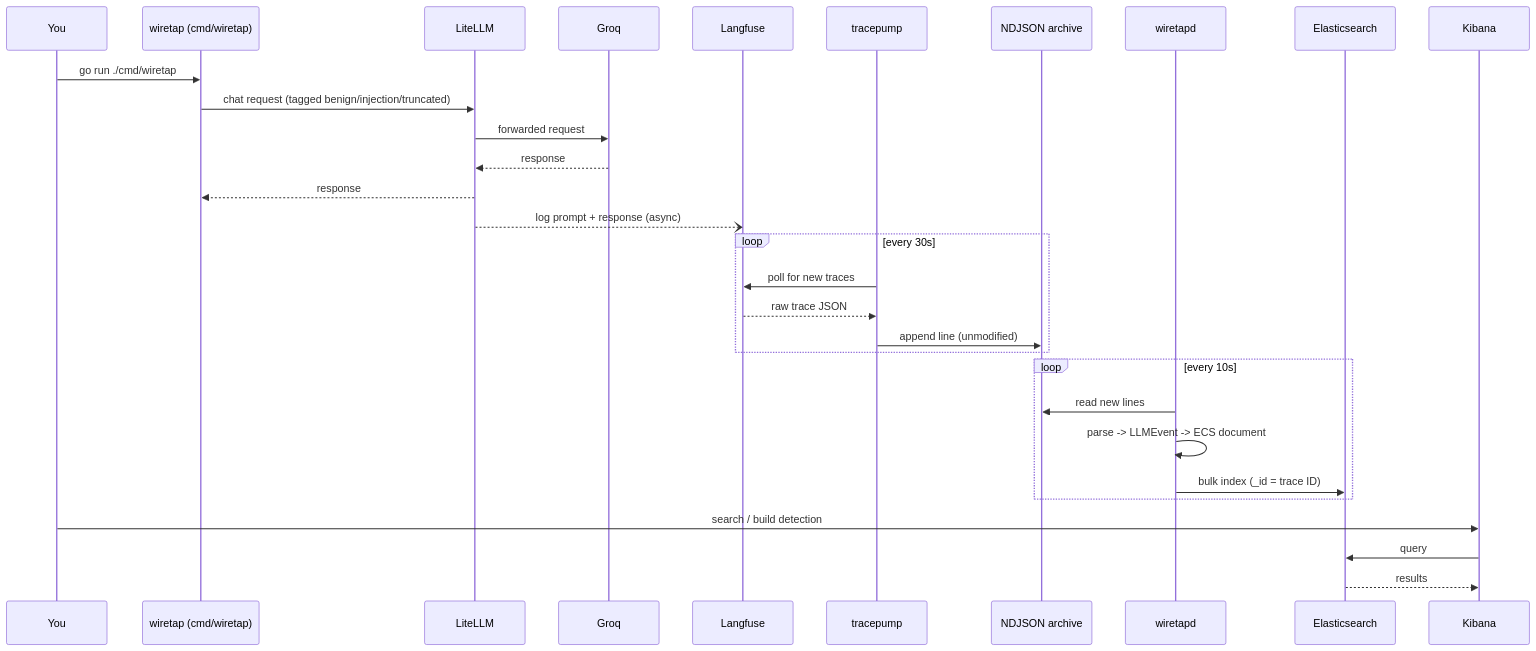
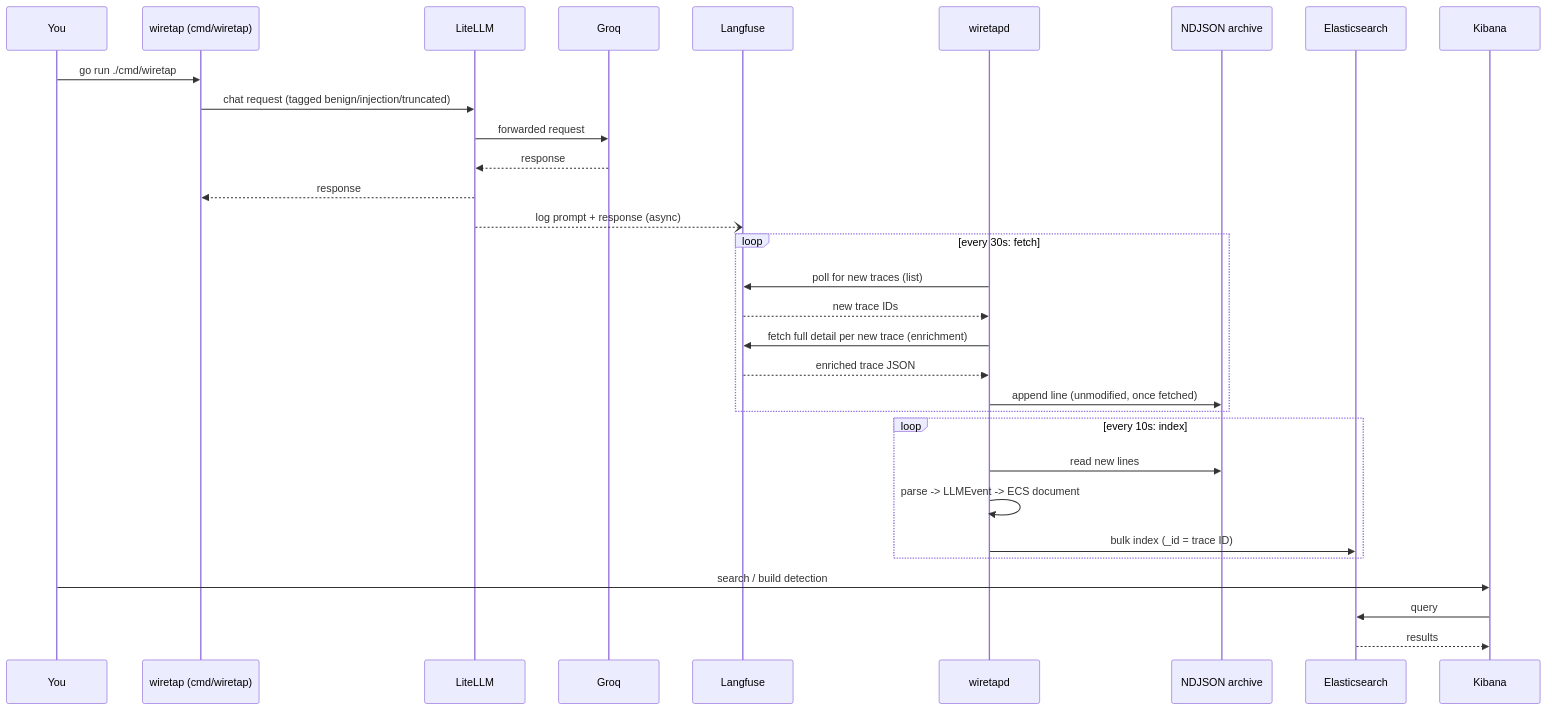
The fifth of 5 diagrams in arch.md (Anwesh-Mahapatra/wiretap), drawn with Mermaid before and after one commit. The commit also changed other lines of this file and 31 other files, not shown here.

````diff
--- a/arch.md
+++ b/arch.md
@@ -166,36 +235,37 @@
 ```mermaid
 sequenceDiagram
     participant You as You
     participant WT as wiretap (cmd/wiretap)
     participant LL as LiteLLM
     participant Groq as Groq
     participant LF as Langfuse
-    participant TP as tracepump
+    participant WD as wiretapd
     participant Archive as NDJSON archive
-    participant WD as wiretapd
     participant ES as Elasticsearch
     participant KB as Kibana
 
     You->>WT: go run ./cmd/wiretap
     WT->>LL: chat request (tagged benign/injection/truncated)
     LL->>Groq: forwarded request
     Groq-->>LL: response
     LL-->>WT: response
     LL--)LF: log prompt + response (async)
 
-    loop every 30s
-        TP->>LF: poll for new traces
-        LF-->>TP: raw trace JSON
-        TP->>Archive: append line (unmodified)
+    loop every 30s: fetch
+        WD->>LF: poll for new traces (list)
+        LF-->>WD: new trace IDs
+        WD->>LF: fetch full detail per new trace (enrichment)
+        LF-->>WD: enriched trace JSON
+        WD->>Archive: append line (unmodified, once fetched)
     end
 
-    loop every 10s
+    loop every 10s: index
         WD->>Archive: read new lines
         WD->>WD: parse -> LLMEvent -> ECS document
         WD->>ES: bulk index (_id = trace ID)
     end
 
     You->>KB: search / build detection
     KB->>ES: query
     ES-->>KB: results
 ```
````
